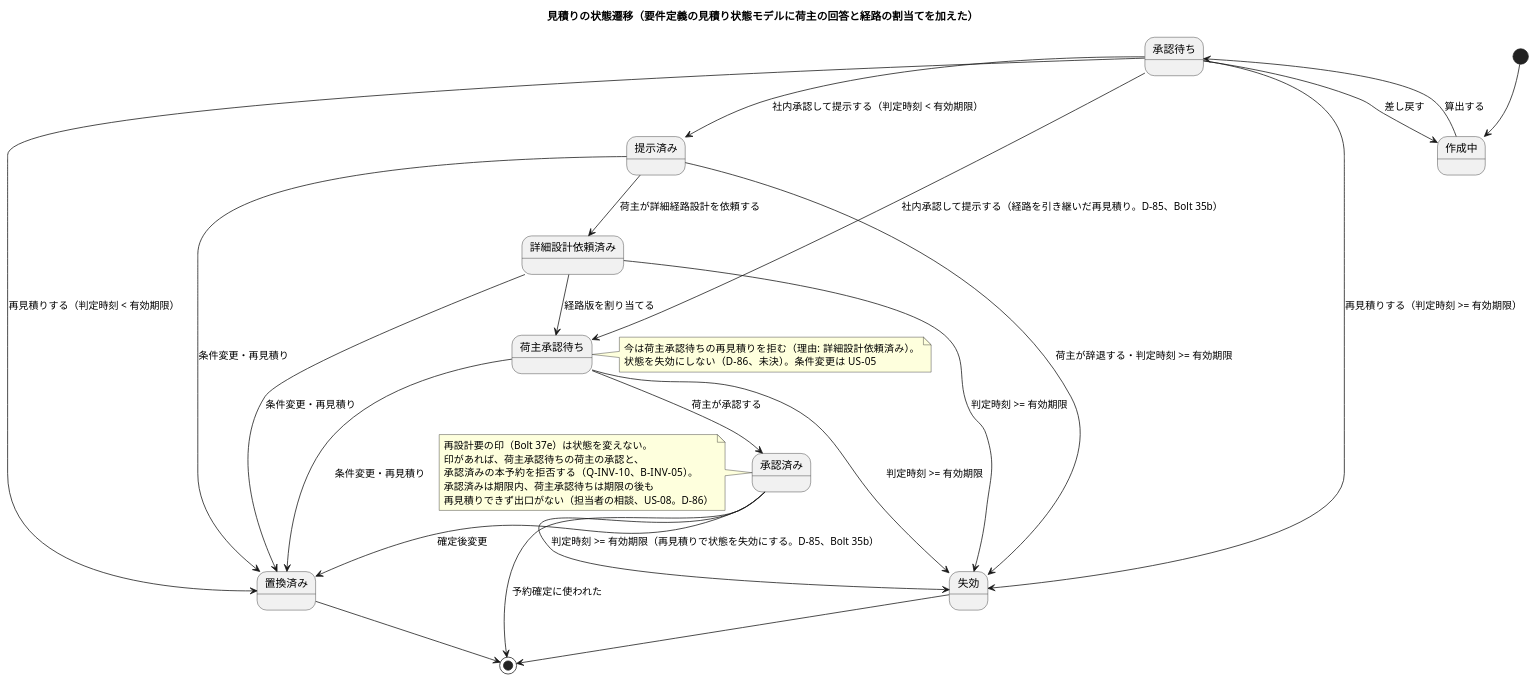
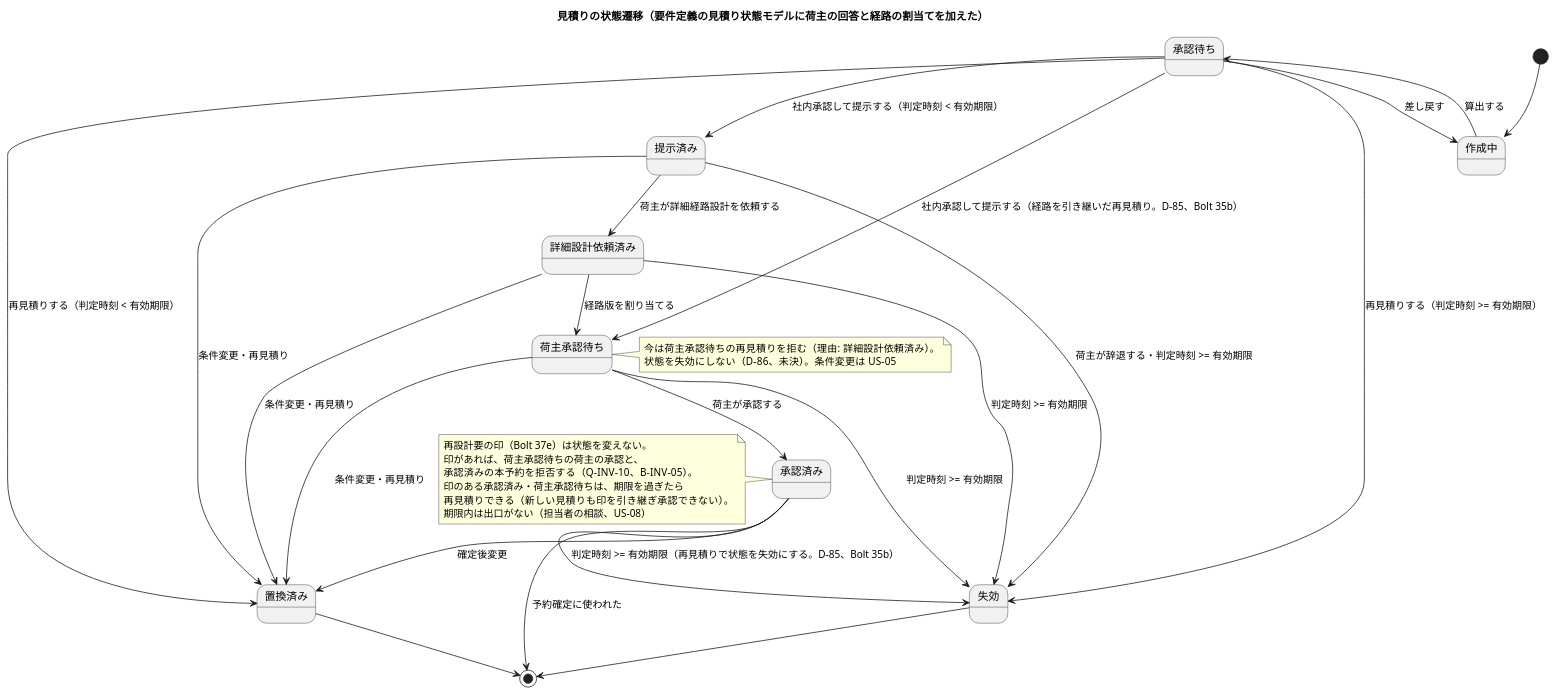
The fifth of 23 diagrams in docs/design/cargo-tracker/domain_model.md (k2works/practical-domain-driven-design-in-enterpris-application), drawn with PlantUML before and after one commit. The commit also changed other lines of this file and 4 other files, not shown here.

````diff
--- a/docs/design/cargo-tracker/domain_model.md
+++ b/docs/design/cargo-tracker/domain_model.md
@@ -507,37 +507,38 @@
 ```plantuml
 @startuml
 title 見積りの状態遷移（要件定義の見積り状態モデルに荷主の回答と経路の割当てを加えた）
 [*] --> 作成中
 作成中 --> 承認待ち : 算出する
 承認待ち --> 提示済み : 社内承認して提示する（判定時刻 < 有効期限）
 承認待ち --> 荷主承認待ち : 社内承認して提示する（経路を引き継いだ再見積り。D-85、Bolt 35b）
 承認待ち --> 作成中 : 差し戻す
 承認待ち --> 置換済み : 再見積りする（判定時刻 < 有効期限）
 承認待ち --> 失効 : 再見積りする（判定時刻 >= 有効期限）
 提示済み --> 詳細設計依頼済み : 荷主が詳細経路設計を依頼する
 詳細設計依頼済み --> 荷主承認待ち : 経路版を割り当てる
 荷主承認待ち --> 承認済み : 荷主が承認する
 提示済み --> 失効 : 荷主が辞退する・判定時刻 >= 有効期限
 詳細設計依頼済み --> 失効 : 判定時刻 >= 有効期限
 荷主承認待ち --> 失効 : 判定時刻 >= 有効期限
 承認済み --> 失効 : 判定時刻 >= 有効期限（再見積りで状態を失効にする。D-85、Bolt 35b）
 提示済み --> 置換済み : 条件変更・再見積り
 詳細設計依頼済み --> 置換済み : 条件変更・再見積り
 荷主承認待ち --> 置換済み : 条件変更・再見積り
 note right of 荷主承認待ち
   今は荷主承認待ちの再見積りを拒む（理由: 詳細設計依頼済み）。
   状態を失効にしない（D-86、未決）。条件変更は US-05
 end note
 note left of 承認済み
   再設計要の印（Bolt 37e）は状態を変えない。
   印があれば、荷主承認待ちの荷主の承認と、
   承認済みの本予約を拒否する（Q-INV-10、B-INV-05）。
-  承認済みは期限内、荷主承認待ちは期限の後も
-  再見積りできず出口がない（担当者の相談、US-08。D-86）
+  印のある承認済み・荷主承認待ちは、期限を過ぎたら
+  再見積りできる（新しい見積りも印を引き継ぎ承認できない）。
+  期限内は出口がない（担当者の相談、US-08）
 end note
 承認済み --> 置換済み : 確定後変更
 失効 --> [*]
 置換済み --> [*]
 承認済み --> [*] : 予約確定に使われた
 @enduml
 ```
````
